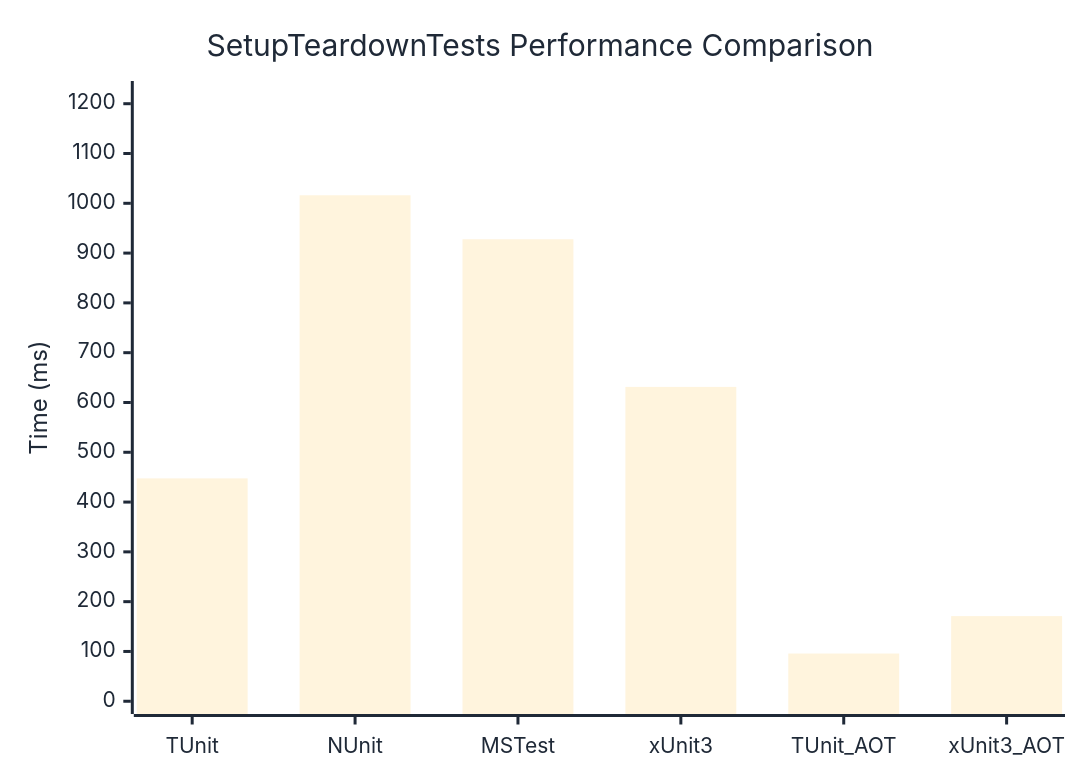
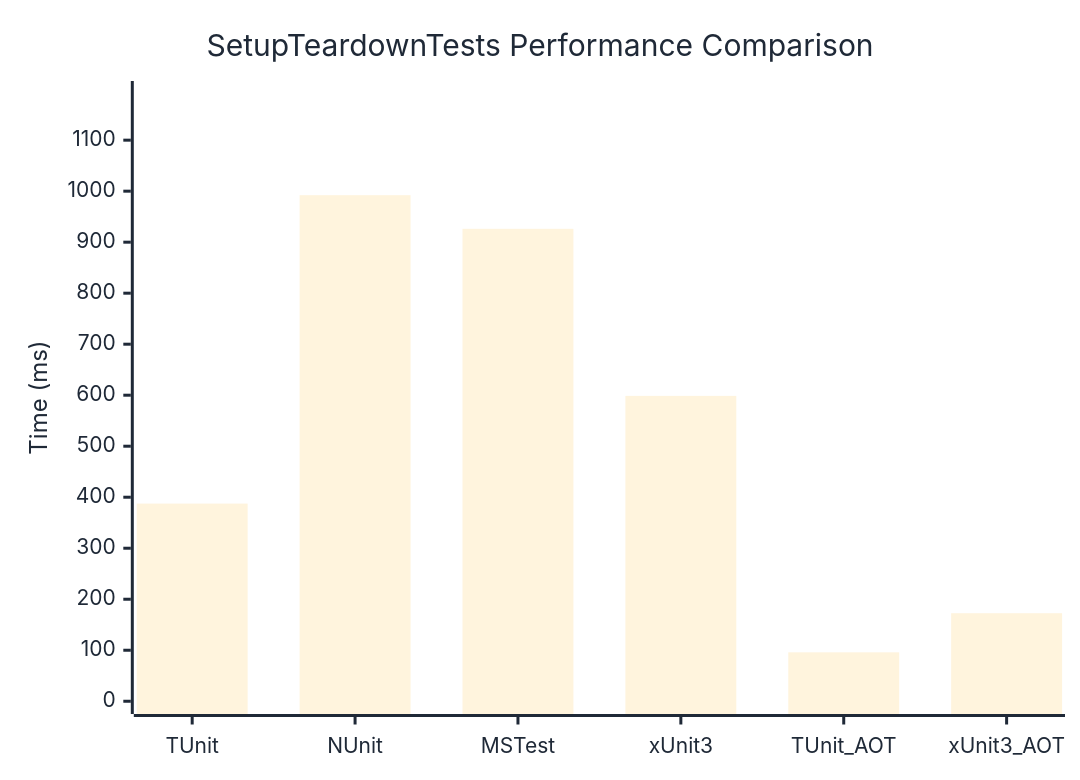
The diagram in docs/docs/benchmarks/engine/SetupTeardownTests.md (thomhurst/TUnit), drawn with Mermaid before and after one commit. The commit also changed other lines of this file and 17 other files, not shown here.

````diff
--- a/docs/docs/benchmarks/engine/SetupTeardownTests.md
+++ b/docs/docs/benchmarks/engine/SetupTeardownTests.md
@@ -30,37 +30,37 @@
 ```mermaid
 %%{init: {
   'theme':'base',
   'themeVariables': {
     'primaryColor': '#2563eb',
     'primaryTextColor': '#1f2937',
     'primaryBorderColor': '#1e40af',
     'lineColor': '#6b7280',
     'secondaryColor': '#7c3aed',
     'tertiaryColor': '#dc2626',
     'background': '#ffffff',
     'mainBkg': '#2563eb',
     'secondBkg': '#7c3aed',
     'tertiaryBkg': '#dc2626',
     'clusterBkg': '#f3f4f6',
     'edgeLabelBackground': '#ffffff',
     'tertiaryTextColor': '#1f2937',
     'pie1': '#2563eb',
     'pie2': '#7c3aed',
     'pie3': '#dc2626',
     'pie4': '#f59e0b',
     'pie5': '#10b981',
     'pie6': '#06b6d4',
     'pie7': '#ec4899',
     'pie8': '#6366f1',
     'pie9': '#84cc16',
     'pie10': '#f97316',
     'pie11': '#14b8a6',
     'pie12': '#a855f7'
   }
 }}%%
 xychart-beta
   title "SetupTeardownTests Performance Comparison"
   x-axis ["TUnit", "NUnit", "MSTest", "xUnit3", "TUnit_AOT", "xUnit3_AOT"]
-  y-axis "Time (ms)" 0 --> 1220
-  bar [447.56, 1016.11, 927.83, 631.26, 95.82, 170.98]
+  y-axis "Time (ms)" 0 --> 1191
+  bar [387.52, 992.12, 926.2, 598.66, 95.9, 172.59]
 ```
````
